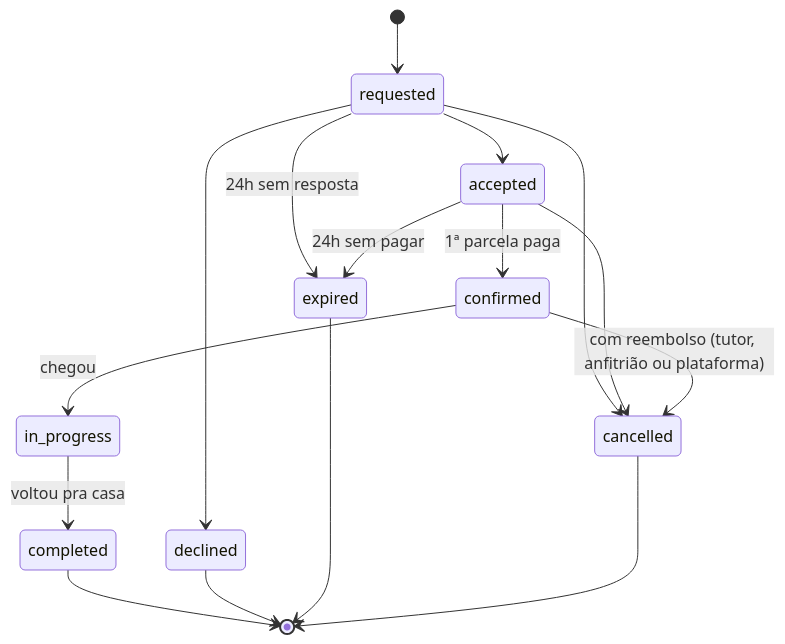
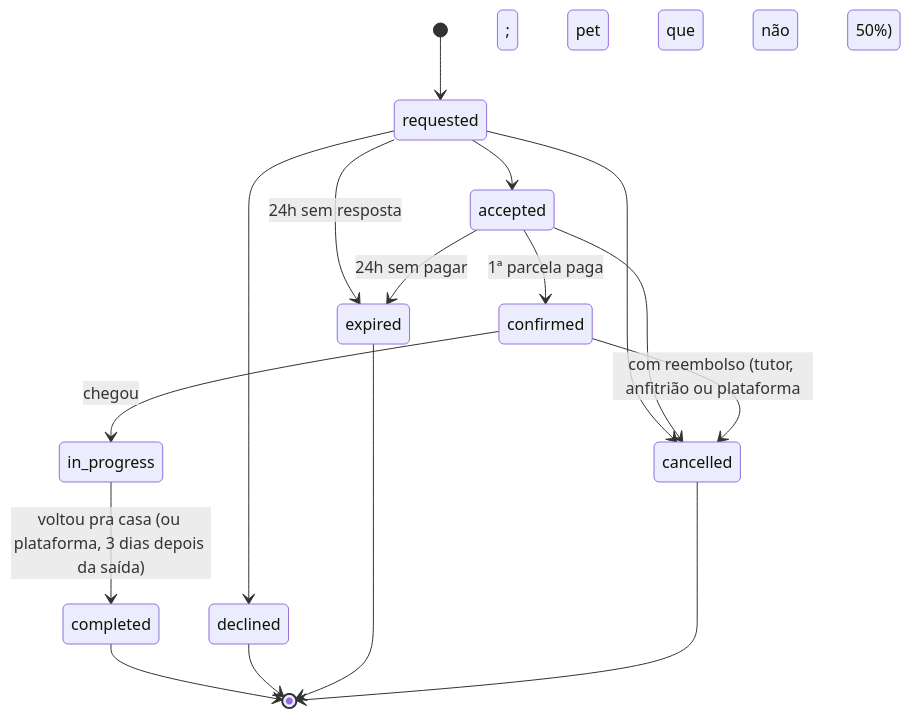
Before and after one commit to Olival42/pethost_backend: the second of 2 diagrams in docs/dicionario-de-dados.md, drawn with Mermaid. The commit also changed other lines of this file and 132 other files, not shown here.

````diff
--- a/docs/dicionario-de-dados.md
+++ b/docs/dicionario-de-dados.md
@@ -941,18 +946,18 @@
 ```mermaid
 stateDiagram-v2
     [*] --> requested
     requested --> accepted
     requested --> declined
     requested --> expired: 24h sem resposta
     accepted --> confirmed: 1ª parcela paga
     accepted --> expired: 24h sem pagar
     requested --> cancelled
     accepted --> cancelled
-    confirmed --> cancelled: com reembolso (tutor, anfitrião ou plataforma)
+    confirmed --> cancelled: com reembolso (tutor, anfitrião ou plataforma; pet que não chegou: 50%)
     confirmed --> in_progress: chegou
-    in_progress --> completed: voltou pra casa
+    in_progress --> completed: voltou pra casa (ou plataforma, 3 dias depois da saída)
     completed --> [*]
     declined --> [*]
     expired --> [*]
     cancelled --> [*]
 ```
````
